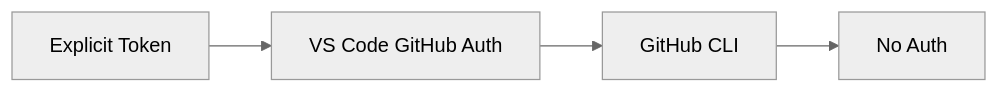
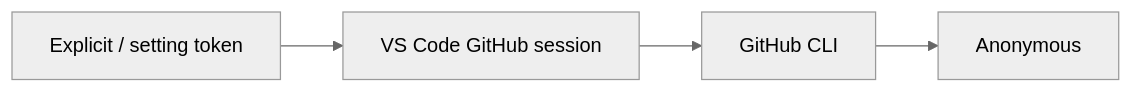
The diagram in docs/contributor-guide/architecture/authentication.md (AmadeusITGroup/ai-primitives-hub), drawn with Mermaid (neutral theme) before and after one commit. The commit also changed other lines of this file and 49 other files, not shown here.

````diff
--- a/docs/contributor-guide/architecture/authentication.md
+++ b/docs/contributor-guide/architecture/authentication.md
@@ -7,6 +10,6 @@
 ```mermaid
 flowchart LR
-    A[Explicit Token] --> B[VS Code GitHub Auth]
+    A[Explicit / setting token] --> B[VS Code GitHub session]
     B --> C[GitHub CLI]
-    C --> D[No Auth]
+    C --> D[Anonymous]
 ```
````
